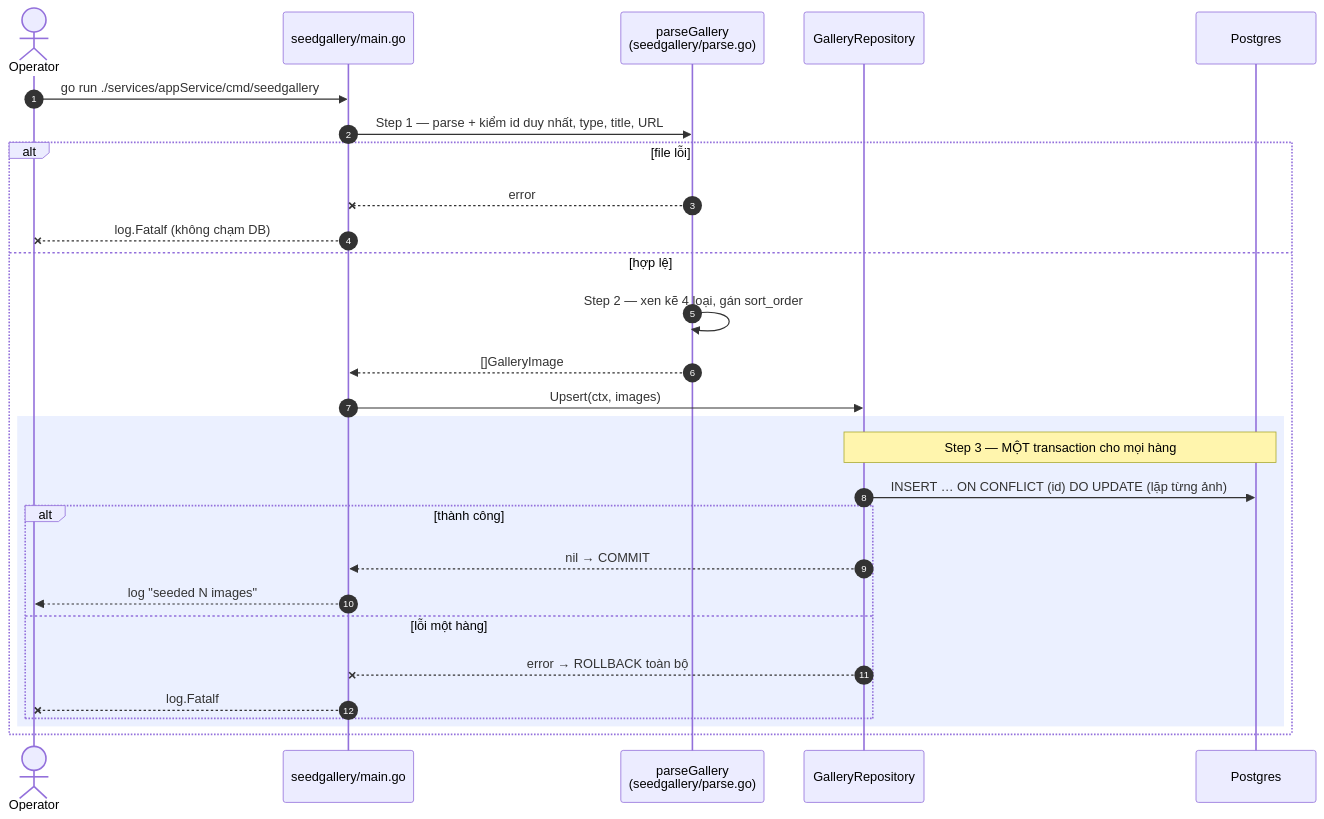
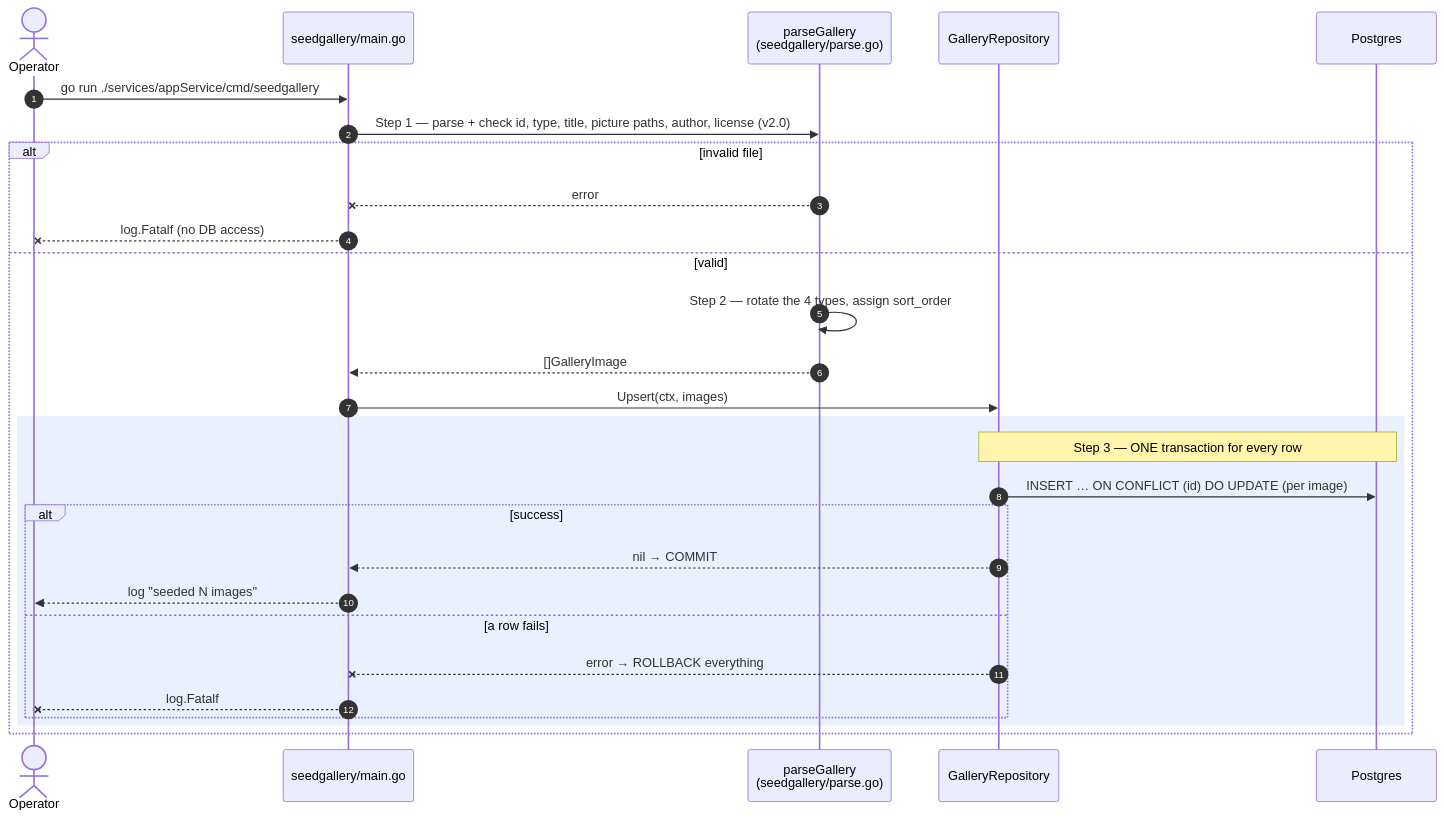
The third of 3 diagrams in docs/specs/features/gallery/flow.md (chjpcojit/innerlamp-be), drawn with Mermaid before and after one commit. The commit also changed other lines of this file and 5 other files, not shown here.

````diff
--- a/docs/specs/features/gallery/flow.md
+++ b/docs/specs/features/gallery/flow.md
@@ -58,31 +87,31 @@
 ```mermaid
 sequenceDiagram
     autonumber
     actor O as Operator
     participant M as seedgallery/main.go
     participant P as parseGallery<br/>(seedgallery/parse.go)
     participant R as GalleryRepository
     participant DB as Postgres
 
     O->>M: go run ./services/appService/cmd/seedgallery
-    M->>P: Step 1 — parse + kiểm id duy nhất, type, title, URL
-    alt file lỗi
+    M->>P: Step 1 — parse + check id, type, title, picture paths, author, license (v2.0)
+    alt invalid file
         P--xM: error
-        M--xO: log.Fatalf (không chạm DB)
-    else hợp lệ
-        P->>P: Step 2 — xen kẽ 4 loại, gán sort_order
+        M--xO: log.Fatalf (no DB access)
+    else valid
+        P->>P: Step 2 — rotate the 4 types, assign sort_order
         P-->>M: []GalleryImage
         M->>R: Upsert(ctx, images)
         rect rgb(235, 240, 255)
-            Note over R,DB: Step 3 — MỘT transaction cho mọi hàng
-            R->>DB: INSERT … ON CONFLICT (id) DO UPDATE (lặp từng ảnh)
-            alt thành công
+            Note over R,DB: Step 3 — ONE transaction for every row
+            R->>DB: INSERT … ON CONFLICT (id) DO UPDATE (per image)
+            alt success
                 R-->>M: nil → COMMIT
                 M-->>O: log "seeded N images"
-            else lỗi một hàng
-                R--xM: error → ROLLBACK toàn bộ
+            else a row fails
+                R--xM: error → ROLLBACK everything
                 M--xO: log.Fatalf
             end
         end
     end
 ```
````
